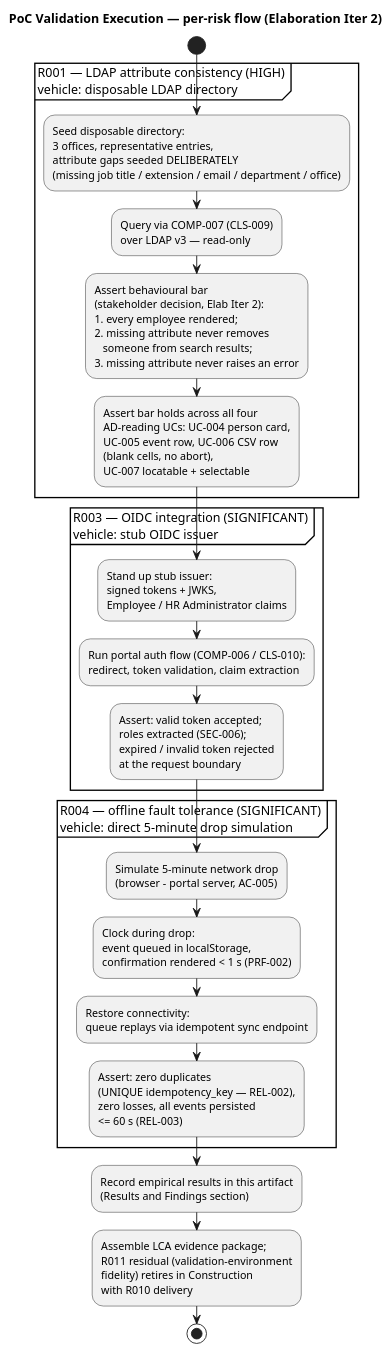
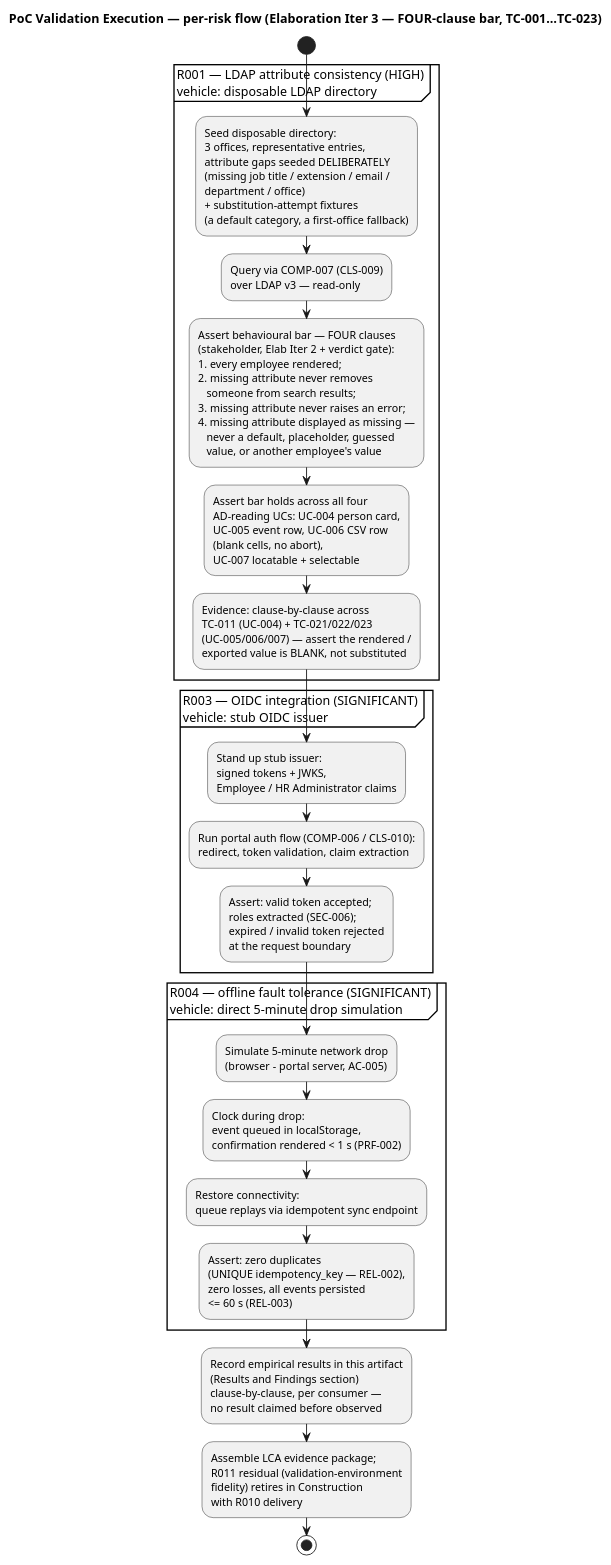
One commit to banense-test/employee-portal changed the second of 2 diagrams in docs/artifacts/analysis---design/architectural-proof-of-concept.md. Above: the diagram before and after it, drawn with PlantUML. The commit also changed other lines of this file, not shown here.

First line of the commit message:
Software Architect [E3]: upsert Architectural Proof-of-Concept

````diff
--- a/docs/artifacts/analysis---design/architectural-proof-of-concept.md
+++ b/docs/artifacts/analysis---design/architectural-proof-of-concept.md
@@ -117,31 +124,32 @@
 ```plantuml
 @startuml
-title PoC Validation Execution — per-risk flow (Elaboration Iter 2)
+title PoC Validation Execution — per-risk flow (Elaboration Iter 3 — FOUR-clause bar, TC-001…TC-023)
 
 start
 
 partition "R001 — LDAP attribute consistency (HIGH)\nvehicle: disposable LDAP directory" {
-  :Seed disposable directory:\n3 offices, representative entries,\nattribute gaps seeded DELIBERATELY\n(missing job title / extension / email / department / office);
+  :Seed disposable directory:\n3 offices, representative entries,\nattribute gaps seeded DELIBERATELY\n(missing job title / extension / email /\ndepartment / office)\n+ substitution-attempt fixtures\n(a default category, a first-office fallback);
   :Query via COMP-007 (CLS-009)\nover LDAP v3 — read-only;
-  :Assert behavioural bar\n(stakeholder decision, Elab Iter 2):\n1. every employee rendered;\n2. missing attribute never removes\n   someone from search results;\n3. missing attribute never raises an error;
+  :Assert behavioural bar — FOUR clauses\n(stakeholder, Elab Iter 2 + verdict gate):\n1. every employee rendered;\n2. missing attribute never removes\n   someone from search results;\n3. missing attribute never raises an error;\n4. missing attribute displayed as missing —\n   never a default, placeholder, guessed\n   value, or another employee's value;
   :Assert bar holds across all four\nAD-reading UCs: UC-004 person card,\nUC-005 event row, UC-006 CSV row\n(blank cells, no abort),\nUC-007 locatable + selectable;
+  :Evidence: clause-by-clause across\nTC-011 (UC-004) + TC-021/022/023\n(UC-005/006/007) — assert the rendered /\nexported value is BLANK, not substituted;
 }
 
 partition "R003 — OIDC integration (SIGNIFICANT)\nvehicle: stub OIDC issuer" {
   :Stand up stub issuer:\nsigned tokens + JWKS,\nEmployee / HR Administrator claims;
   :Run portal auth flow (COMP-006 / CLS-010):\nredirect, token validation, claim extraction;
   :Assert: valid token accepted;\nroles extracted (SEC-006);\nexpired / invalid token rejected\nat the request boundary;
 }
 
 partition "R004 — offline fault tolerance (SIGNIFICANT)\nvehicle: direct 5-minute drop simulation" {
   :Simulate 5-minute network drop\n(browser - portal server, AC-005);
   :Clock during drop:\nevent queued in localStorage,\nconfirmation rendered < 1 s (PRF-002);
   :Restore connectivity:\nqueue replays via idempotent sync endpoint;
   :Assert: zero duplicates\n(UNIQUE idempotency_key — REL-002),\nzero losses, all events persisted\n<= 60 s (REL-003);
 }
 
-:Record empirical results in this artifact\n(Results and Findings section);
+:Record empirical results in this artifact\n(Results and Findings section)\nclause-by-clause, per consumer —\nno result claimed before observed;
 :Assemble LCA evidence package;\nR011 residual (validation-environment\nfidelity) retires in Construction\nwith R010 delivery;
 stop
 @enduml
 ```
````
